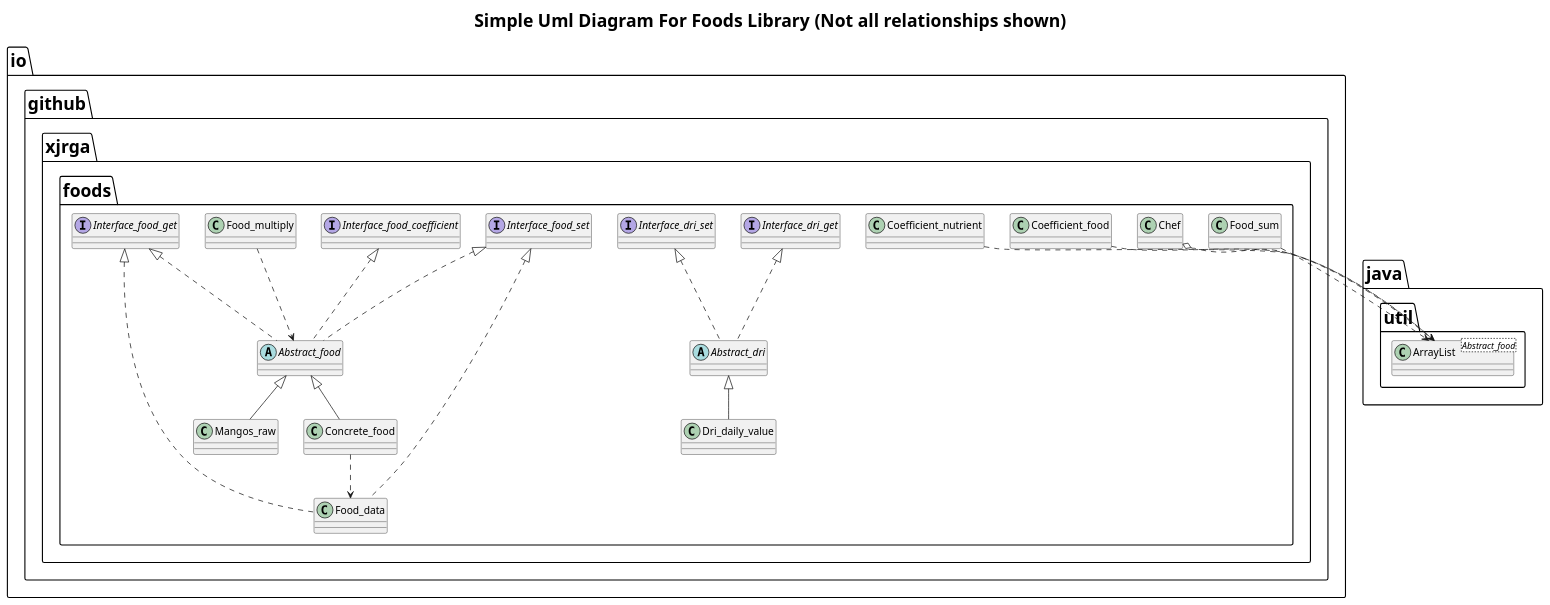
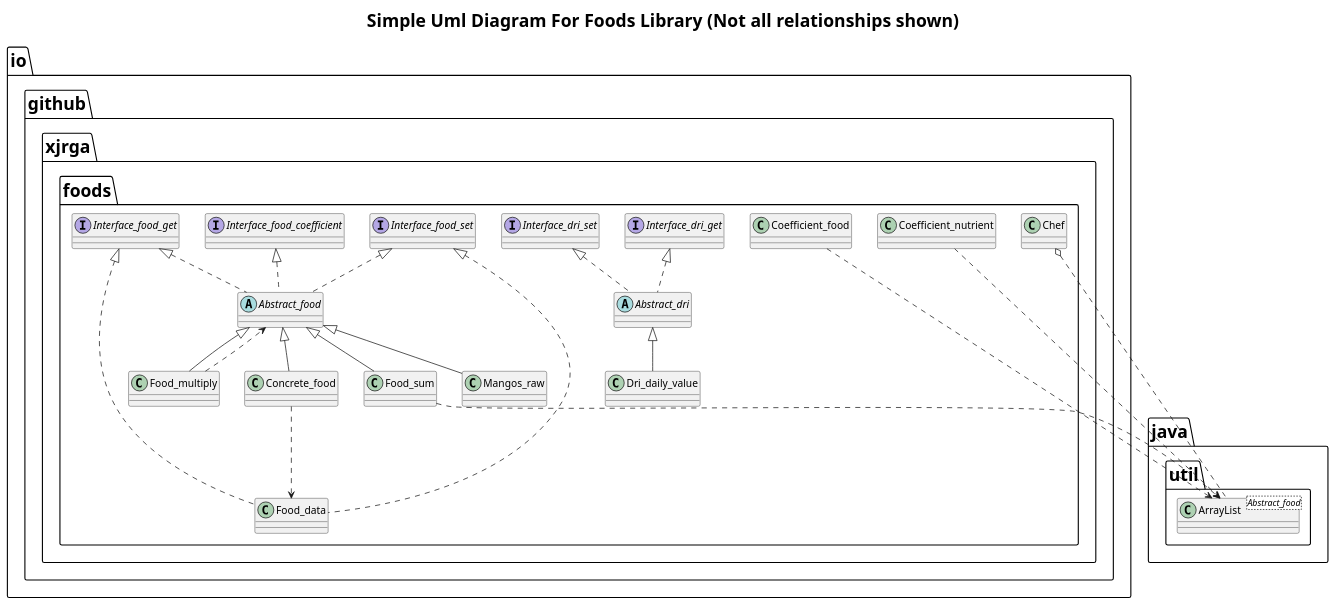
The diagram in uml.puml (xjrga/foods), drawn with PlantUML before and after one commit. The commit also changed 10 other files, not shown here.

```diff
--- a/uml.puml
+++ b/uml.puml
@@ -1,31 +1,33 @@
 @startuml
 title Simple Uml Diagram For Foods Library (Not all relationships shown)
 <style>
 title {
   HorizontalAlignment center
   FontSize 24
 }
 </style>
 class java.util.ArrayList<Abstract_food>
 interface io.github.xjrga.foods.Interface_dri_get
 interface io.github.xjrga.foods.Interface_dri_set
 interface io.github.xjrga.foods.Interface_food_get
 interface io.github.xjrga.foods.Interface_food_set
 interface io.github.xjrga.foods.Interface_food_coefficient
 abstract class io.github.xjrga.foods.Abstract_dri implements io.github.xjrga.foods.Interface_dri_get
 abstract class io.github.xjrga.foods.Abstract_dri implements io.github.xjrga.foods.Interface_dri_set
 abstract class io.github.xjrga.foods.Abstract_food implements io.github.xjrga.foods.Interface_food_get
 abstract class io.github.xjrga.foods.Abstract_food implements io.github.xjrga.foods.Interface_food_set
 abstract class io.github.xjrga.foods.Abstract_food implements io.github.xjrga.foods.Interface_food_coefficient
 class io.github.xjrga.foods.Food_data implements io.github.xjrga.foods.Interface_food_get
 class io.github.xjrga.foods.Food_data implements io.github.xjrga.foods.Interface_food_set
 class io.github.xjrga.foods.Mangos_raw extends io.github.xjrga.foods.Abstract_food
 class io.github.xjrga.foods.Dri_daily_value extends io.github.xjrga.foods.Abstract_dri
 class io.github.xjrga.foods.Concrete_food extends io.github.xjrga.foods.Abstract_food
+class io.github.xjrga.foods.Food_multiply extends io.github.xjrga.foods.Abstract_food
+class io.github.xjrga.foods.Food_sum extends io.github.xjrga.foods.Abstract_food
 io.github.xjrga.foods.Coefficient_food ..> java.util.ArrayList
 io.github.xjrga.foods.Coefficient_nutrient ..> java.util.ArrayList
 io.github.xjrga.foods.Concrete_food ..> io.github.xjrga.foods.Food_data
 io.github.xjrga.foods.Food_sum ..> java.util.ArrayList
 io.github.xjrga.foods.Food_multiply ..> io.github.xjrga.foods.Abstract_food
 io.github.xjrga.foods.Chef o.. java.util.ArrayList
 @enduml
```
